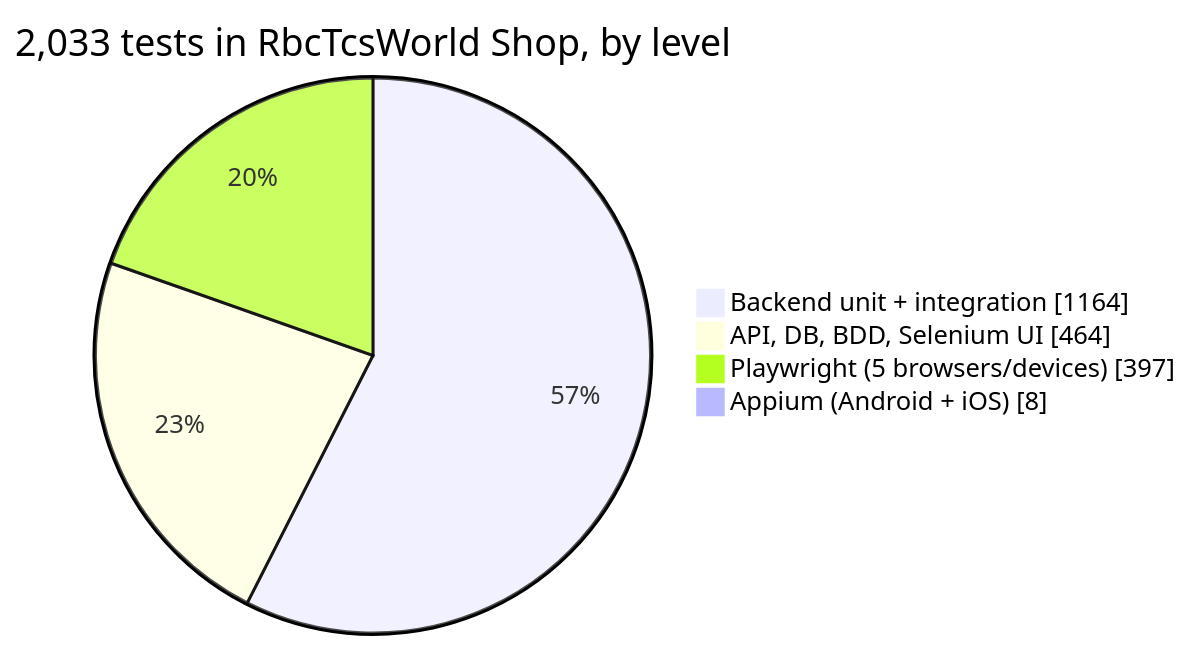
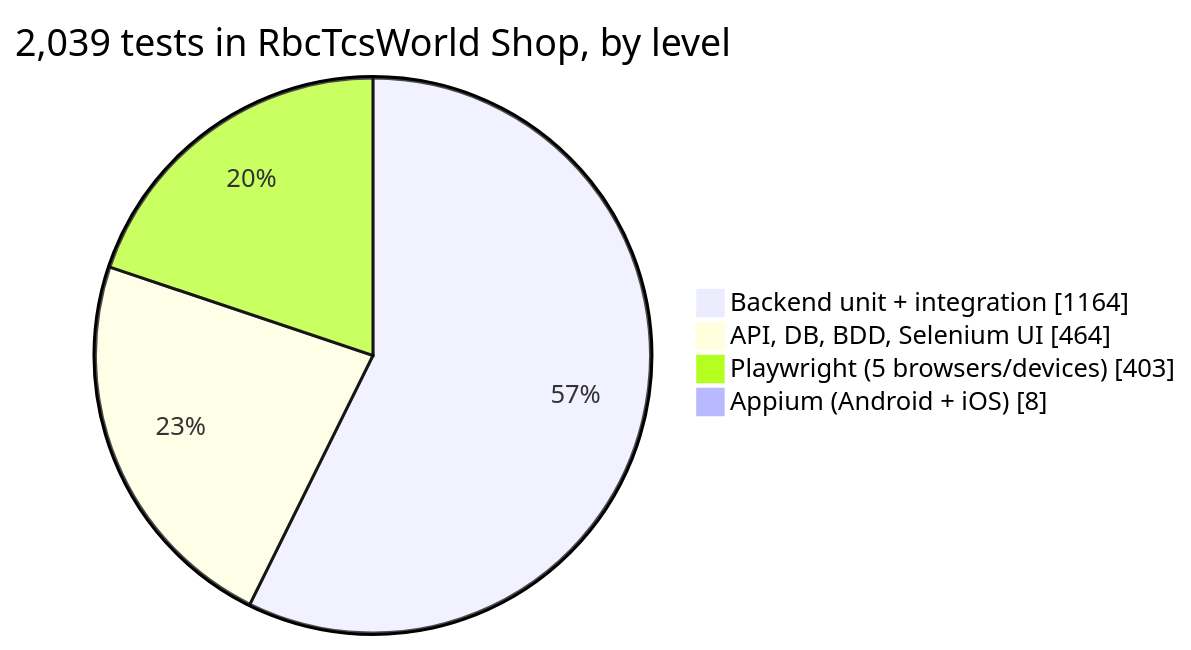
Before and after one commit to rbchy/ranajitchowdhury: the sixth of 14 diagrams in README.md, drawn with Mermaid. The commit also changed other lines of this file and 3 other files, not shown here.

First line of the commit message:
Shop: 2,039 tests after RbcTcsWorld PR #36 (Playwright 1.65, DEF-031, 0 flaky)

````diff
--- a/README.md
+++ b/README.md
@@ -120,8 +120,8 @@
 ```mermaid
 pie showData
-    title 2,033 tests in RbcTcsWorld Shop, by level
+    title 2,039 tests in RbcTcsWorld Shop, by level
     "Backend unit + integration" : 1164
     "API, DB, BDD, Selenium UI" : 464
-    "Playwright (5 browsers/devices)" : 397
+    "Playwright (5 browsers/devices)" : 403
     "Appium (Android + iOS)" : 8
 ```
````
